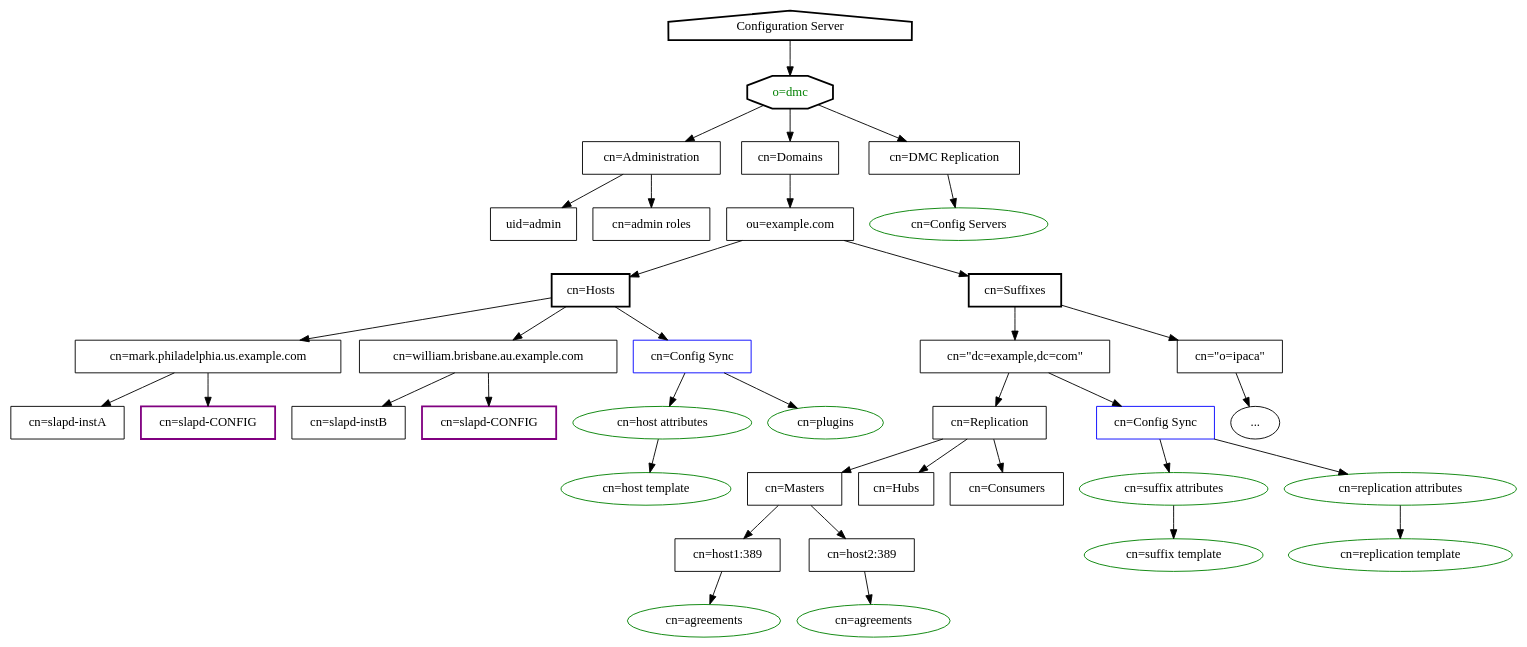
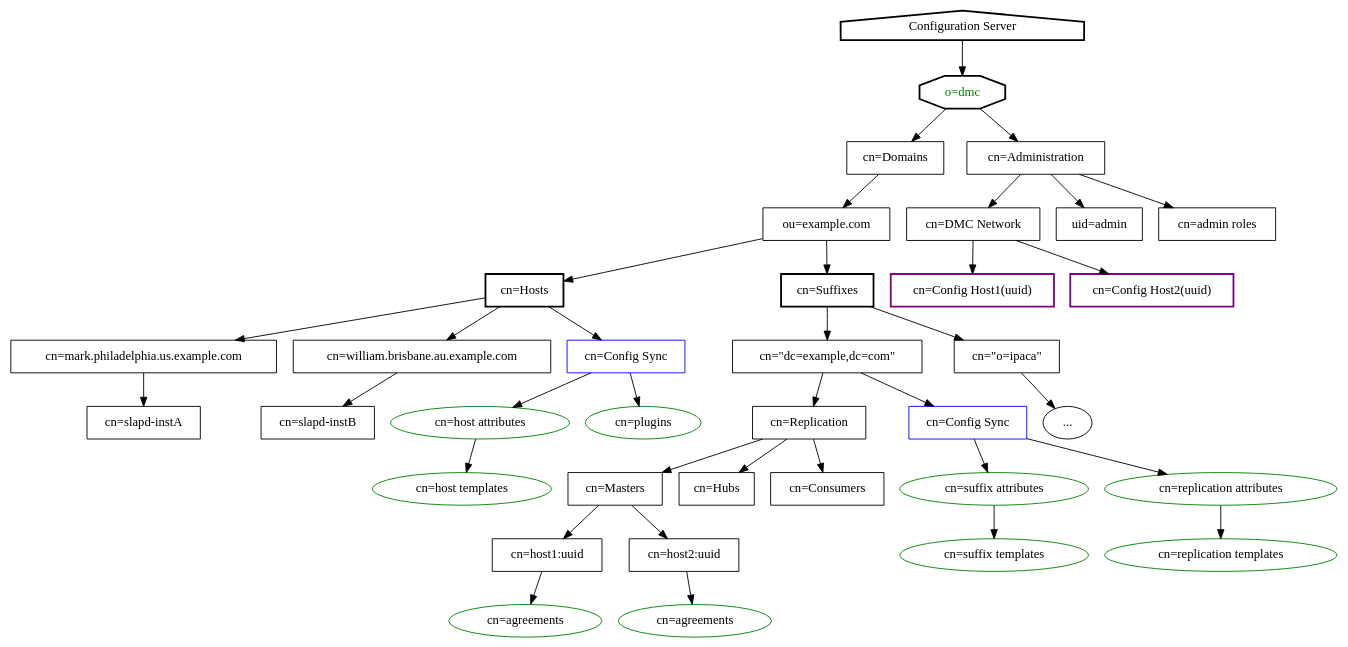
Before and after one commit to 389ds/389ds.github.io: the diagram in images_src/marks_dmc_tree.dot, drawn with Graphviz. The commit also changed 2 other files, not shown here.

Commit message:
Add o=dmc design page

```diff
--- a/images_src/marks_dmc_tree.dot
+++ b/images_src/marks_dmc_tree.dot
@@ -1,114 +1,113 @@
 digraph O_DMC {
     root [label="Configuration Server", shape=house, style=bold];
 
     o_dmc [label="o=dmc", shape=octagon, style=bold, fontcolor=green];
+    
+    cn_domains [label="cn=Domains", shape=record];
     cn_administration [label="cn=Administration", shape=record];
-    cn_domains [label="cn=Domains", shape=record];
-    dmc_repl [label="cn=DMC Replication", shape=record];
-    dmc_repl_servers [label="cn=Config Servers", shape=ellipse, color=green];
+    dmc_repl [label="cn=DMC Network", shape=record];
 
     # Under Domains
     cn_hosts [label="cn=Hosts", shape=record, style=bold];
     cn_suffixes [label="cn=Suffixes", shape=record, style=bold];
     cn_replication [label="cn=Replication", shape=record];
 
     # Suffix
     suffix1 [label="cn=\"dc=example,dc=com\"", shape=record];
     suffix2 [label="cn=\"o=ipaca\"", shape=record];
 
     # Hosts
     ou_domain [label="ou=example.com", shape=record];
     cn_host1 [label="cn=mark.philadelphia.us.example.com", shape=record];
     cn_host2 [label="cn=william.brisbane.au.example.com", shape=record];
    
     # Configuration
     host_config_sync [label="cn=Config Sync", shape=record, color=blue];
     suffix_config_sync [label="cn=Config Sync", shape=record, color=blue];
 
     config_sync_host_attr [label="cn=host attributes", shape=ellipse, color=green];
-    config_sync_host [label="cn=host template", shape=ellipse, color=green];
+    config_sync_host [label="cn=host templates", shape=ellipse, color=green];
     config_sync_suffix_attr [label="cn=suffix attributes", shape=ellipse, color=green];
-    config_sync_suffix [label="cn=suffix template", shape=ellipse, color=green];
+    config_sync_suffix [label="cn=suffix templates", shape=ellipse, color=green];
     config_sync_repl_attr [label="cn=replication attributes", shape=ellipse, color=green];
-    config_sync_repl [label="cn=replication template", shape=ellipse, color=green];
+    config_sync_repl [label="cn=replication templates", shape=ellipse, color=green];
     config_sync_plugin [label="cn=plugins", shape=ellipse, color=green];
 
     # Administration
     uid_admin [label="uid=admin", shape=record];
     admin_role [label="cn=admin roles", shape=record];
 
     # Replication
     cn_repl_masters [label="cn=Masters", shape=record];
     cn_repl_hubs [label="cn=Hubs", shape=record];
     cn_repl_consumers [label="cn=Consumers", shape=record];
-    cn_repl_inst1 [label="cn=host1:389", shape=record];
-    cn_repl_inst2 [label="cn=host2:389", shape=record];
+    cn_repl_inst1 [label="cn=host1:uuid", shape=record];
+    cn_repl_inst2 [label="cn=host2:uuid", shape=record];
 
     # Instances
     cn_inst1 [label="cn=slapd-instA", shape=record];
     cn_inst2 [label="cn=slapd-instB", shape=record];
-    cn_config_inst1 [label="cn=slapd-CONFIG", shape=record, color=purple, style=bold];
-    cn_config_inst2 [label="cn=slapd-CONFIG", shape=record, color=purple, style=bold];
+    cn_config_inst1 [label="cn=Config Host1(uuid)", shape=record, color=purple, style=bold];
+    cn_config_inst2 [label="cn=Config Host2(uuid)", shape=record, color=purple, style=bold];
 
 
     cn_inst1_agmt [label="cn=agreements", shape=ellipse, color=green];
     cn_inst2_agmt [label="cn=agreements", shape=ellipse, color=green];
 
     dotdotdot [label="...", shape=ellipse];
 
 
     # Root Node
     root -> o_dmc;
     o_dmc -> cn_domains;
     o_dmc -> cn_administration;
-    o_dmc -> dmc_repl;
-    dmc_repl -> dmc_repl_servers;
 
     # Admin Node
     cn_administration -> uid_admin;
     cn_administration -> admin_role;
+    cn_administration -> dmc_repl;
+    dmc_repl -> cn_config_inst1;
+    dmc_repl -> cn_config_inst2;
 
     # Domain Node
     cn_domains -> ou_domain
     ou_domain -> cn_suffixes;
     ou_domain -> cn_hosts;
 
     # Suffixes
     cn_suffixes -> suffix1;
     cn_suffixes -> suffix2;
     suffix1 -> suffix_config_sync
     suffix1 -> cn_replication
     suffix2 -> dotdotdot
 
     # Hosts
     cn_hosts -> cn_host1;
     cn_hosts -> cn_host2;
     cn_hosts -> host_config_sync;
     host_config_sync -> config_sync_plugin;
 
     # Instances
     cn_host1 -> cn_inst1;
-    cn_host1 -> cn_config_inst1;
     cn_host2 -> cn_inst2;
-    cn_host2 -> cn_config_inst2;
 
 
     # Replication
     cn_replication -> cn_repl_masters;
     cn_replication -> cn_repl_hubs;
     cn_replication -> cn_repl_consumers;
     cn_repl_masters -> cn_repl_inst1;
     cn_repl_masters -> cn_repl_inst2;
     cn_repl_inst1 -> cn_inst1_agmt;
     cn_repl_inst2 -> cn_inst2_agmt;
 
     # Configuration
     host_config_sync -> config_sync_host_attr;
     config_sync_host_attr -> config_sync_host;
 
     suffix_config_sync -> config_sync_suffix_attr;
     config_sync_suffix_attr -> config_sync_suffix;
     suffix_config_sync-> config_sync_repl_attr;
     config_sync_repl_attr -> config_sync_repl;
 
 }
```
